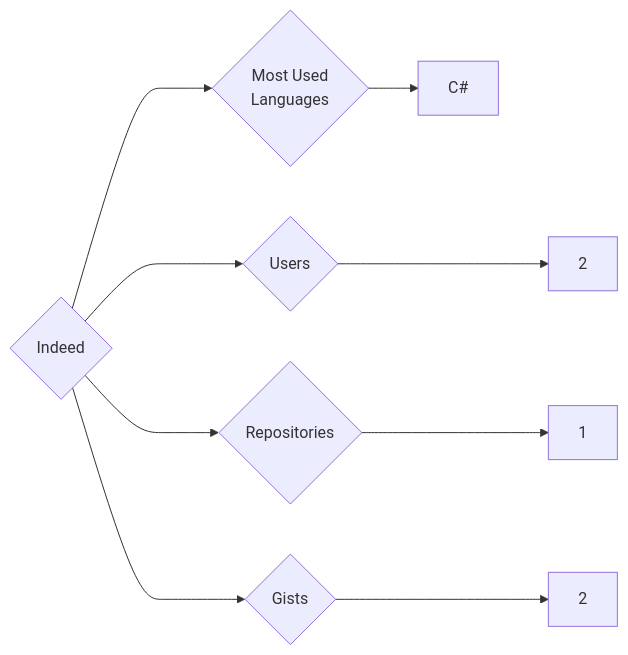
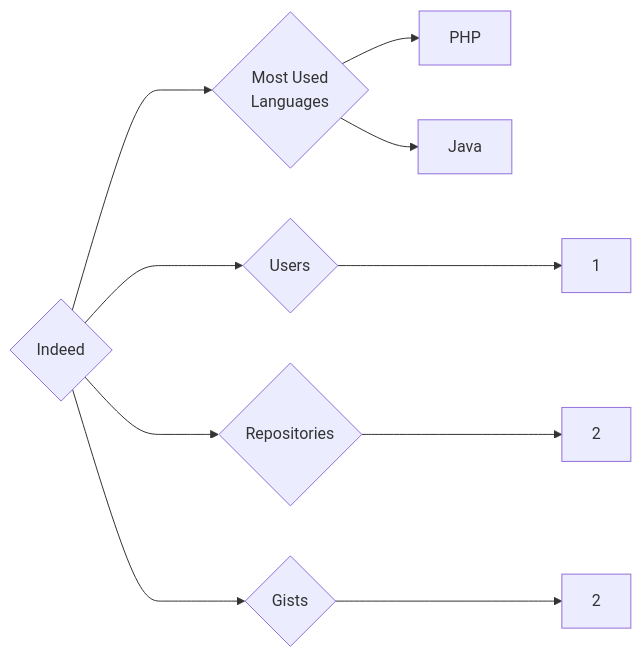
Before and after one commit to trickest/insiders: the diagram in targets/Indeed/README.md, drawn with Mermaid. The commit also changed 860 other files, not shown here.

````diff
--- a/targets/Indeed/README.md
+++ b/targets/Indeed/README.md
@@ -3,9 +3,10 @@
 ```mermaid
 graph LR
 COMPANY_NAME{Indeed}
-COMPANY_NAME ---> U{Users} ---> UN[2]
-COMPANY_NAME ---> R{Repositories} ---> RN[1]
+COMPANY_NAME ---> U{Users} ---> UN[1]
+COMPANY_NAME ---> R{Repositories} ---> RN[2]
 COMPANY_NAME ---> G{Gists} ---> GN[2]
 COMPANY_NAME ---> ML{Most Used<br>Languages}
-ML --> C#[C#]
+ML --> PHP[PHP]
+ML --> Java[Java]
 ```
````
